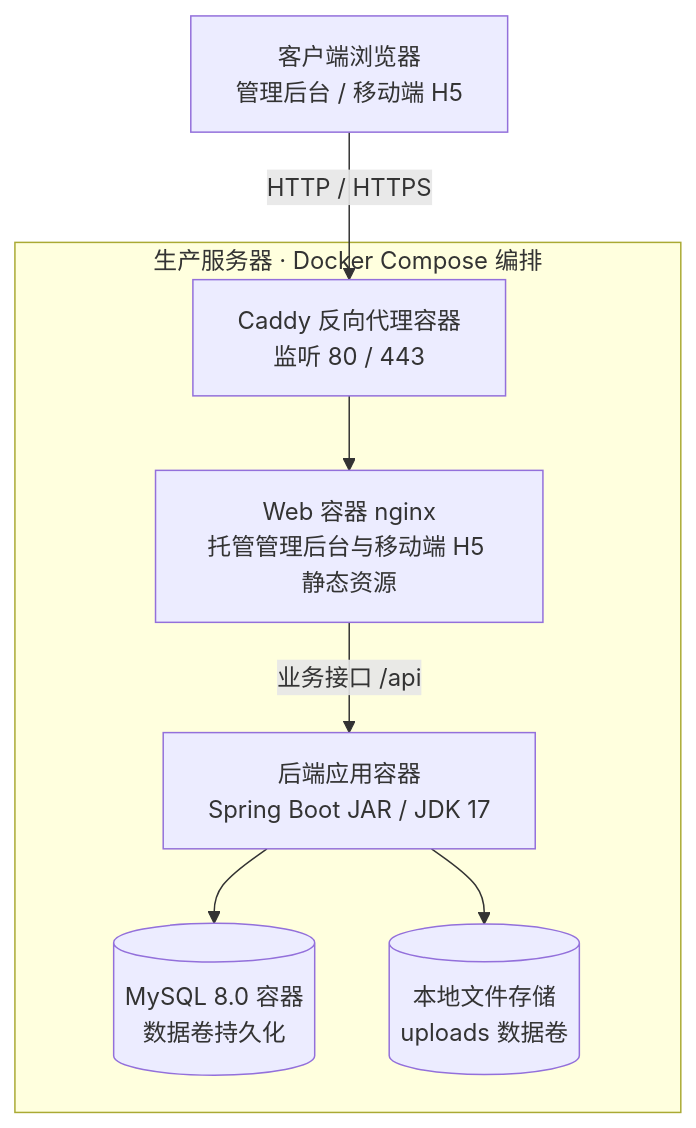
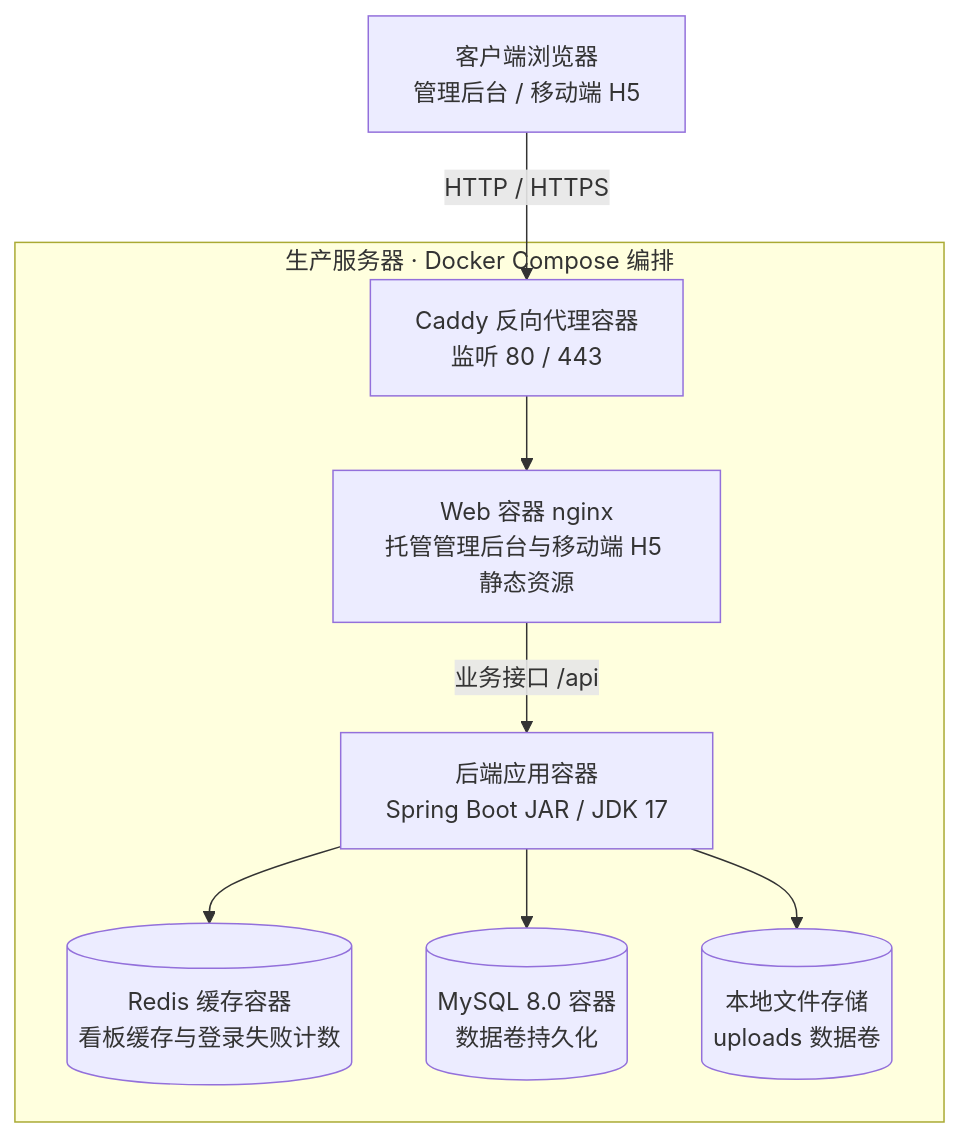
Before and after one commit to BYNekoNay/educational-administration: the diagram in docs/figures/fig2-9.mmd, drawn with Mermaid. The commit also changed 7 other files, not shown here.

```diff
--- a/docs/figures/fig2-9.mmd
+++ b/docs/figures/fig2-9.mmd
@@ -1,14 +1,16 @@
 flowchart TB
     U[客户端浏览器<br/>管理后台 / 移动端 H5]
     subgraph Host[生产服务器 · Docker Compose 编排]
         C[Caddy 反向代理容器<br/>监听 80 / 443]
         W[Web 容器 nginx<br/>托管管理后台与移动端 H5 静态资源]
         B[后端应用容器<br/>Spring Boot JAR / JDK 17]
+        CA[(Redis 缓存容器<br/>看板缓存与登录失败计数)]
         DB[(MySQL 8.0 容器<br/>数据卷持久化)]
         FS[(本地文件存储<br/>uploads 数据卷)]
     end
     U -->|HTTP / HTTPS| C
     C --> W
     W -->|业务接口 /api| B
+    B --> CA
     B --> DB
     B --> FS
```
